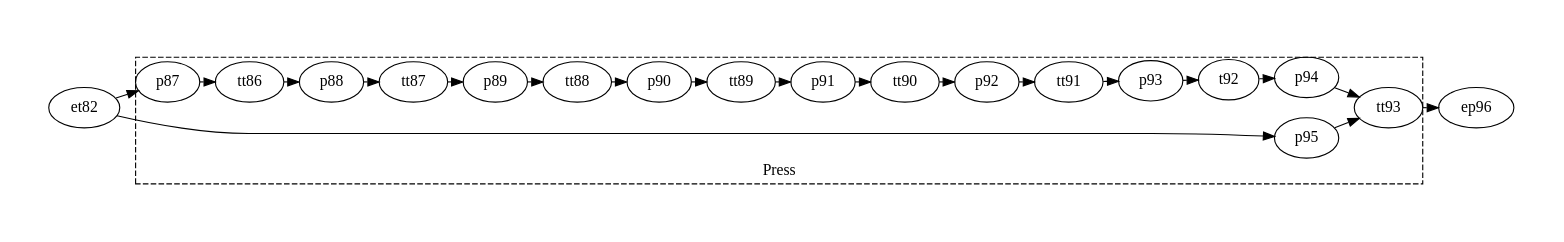
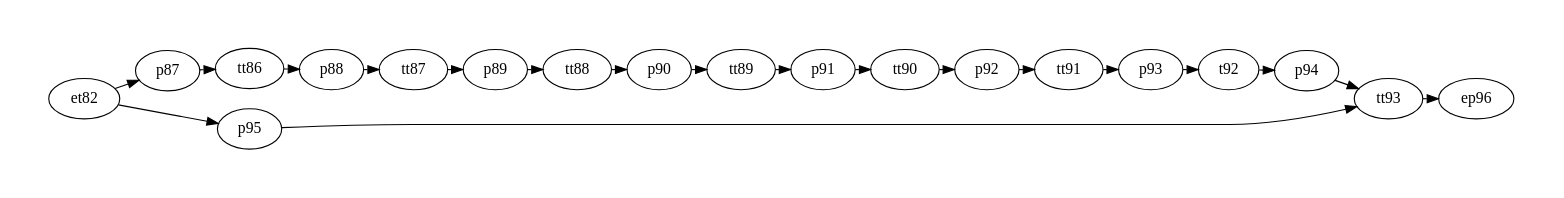
Before and after one commit to Accacio/docsTCC: the diagram in figures/petriNets/dot/5-press/press.dot, drawn with Graphviz. The commit also changed 63 other files, not shown here.

```diff
--- a/figures/petriNets/dot/5-press/press.dot
+++ b/figures/petriNets/dot/5-press/press.dot
@@ -1,68 +1,68 @@
 digraph A {
     # splines = ortho
     rankdir=LR;
     ratio=fill
     graph [pad="0.5", nodesep="0.25", ranksep="0.2"];
     margin=0;
 
 # Modulo prensa cubo
 
     p87
     p88
     p89
     p90
     p91
     p92
     p93
     p94
     p95
 
     tt86
     tt87
     tt88
     tt89
     tt90
     tt91
     t92
     tt93
 
-subgraph cluster_5 {
-  label="Press";
-  labelloc = b
-  style="dashed"
+# subgraph cluster_5 {
+#   label="Press";
+#   labelloc = b
+#   style="dashed"
   # color="red"
 
   # pre
 
   p87 -> tt86
   p88 -> tt87
   p89 -> tt88
   p90 -> tt89
   p91 -> tt90
   p92 -> tt91
   p93 -> t92
   p94 -> tt93
   p95 -> tt93
 
 
   #pos
 
   tt86 -> p88
   tt87 -> p89
   tt88 -> p90
   tt89 -> p91
   tt90 -> p92
   tt91 -> p93
   t92 -> p94
 
 
-}
+# }
 
 et82
 
 et82 -> p87 
 et82 -> p95
 ep96
 tt93 -> ep96
 
 }
```
